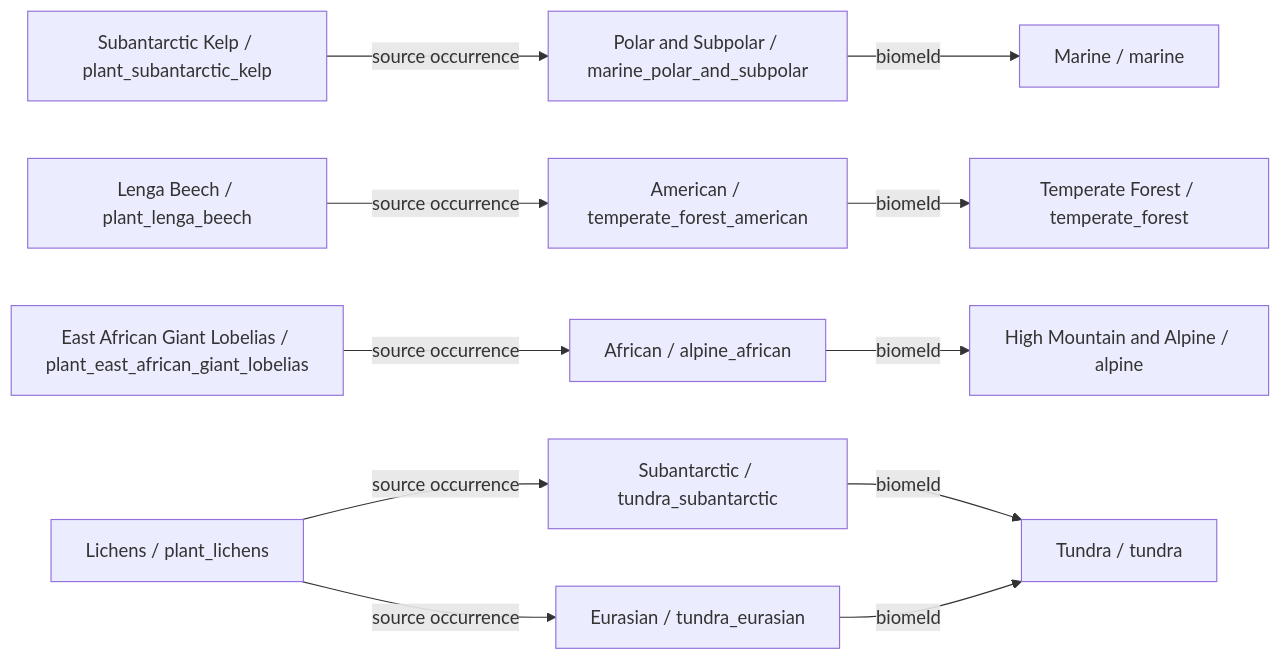
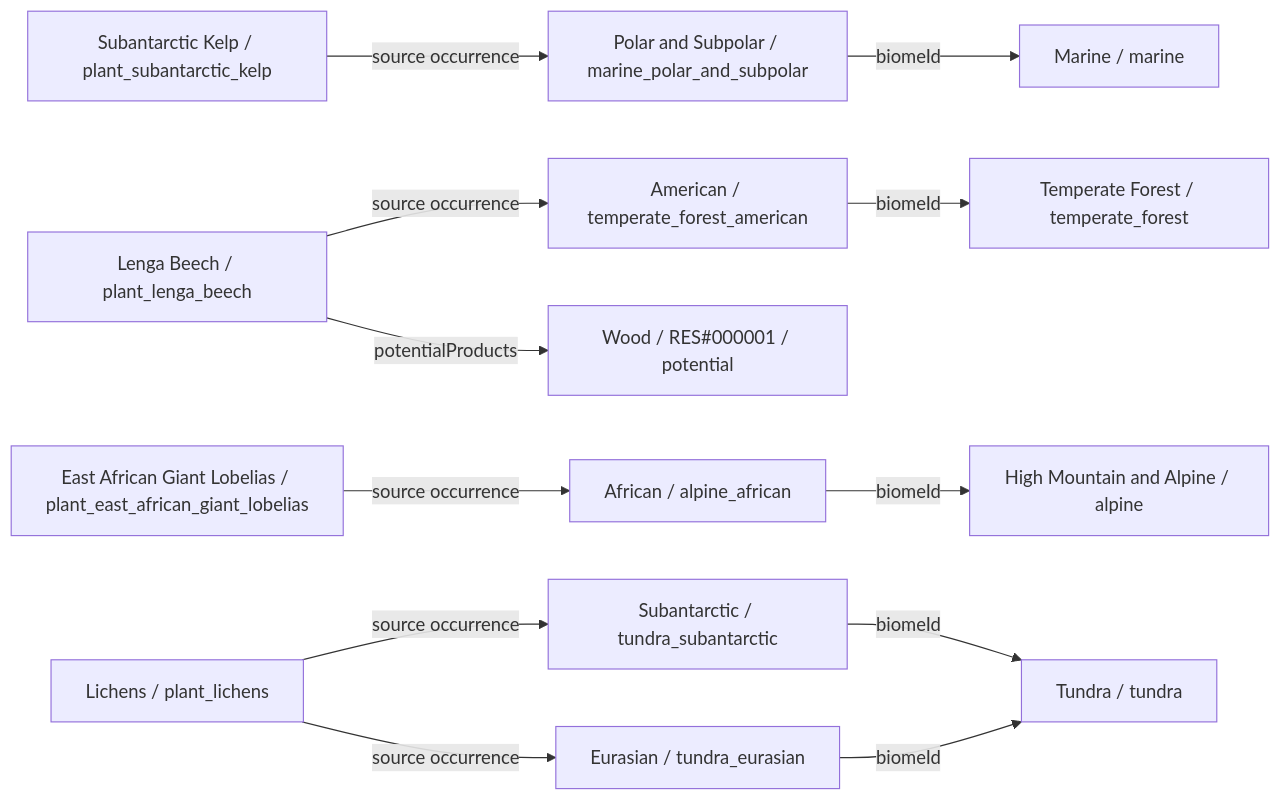
One commit to fgabo404/EvolveDoc changed diagram 16 of 39 in data/plants/DIAGRAMS.md. Above: the diagram before and after it, drawn with Mermaid. The commit also changed other lines of this file and 50 other files, not shown here.

````diff
--- a/data/plants/DIAGRAMS.md
+++ b/data/plants/DIAGRAMS.md
@@ -526,26 +542,28 @@
 ```mermaid
 flowchart LR
     c0["Subantarctic Kelp / plant_subantarctic_kelp"]
     v21["Polar and Subpolar / marine_polar_and_subpolar"]
     b5["Marine / marine"]
     c1["Lenga Beech / plant_lenga_beech"]
     v5["American / temperate_forest_american"]
     b1["Temperate Forest / temperate_forest"]
+    o1_0["Wood / RES#000001 / potential"]
     c2["East African Giant Lobelias / plant_east_african_giant_lobelias"]
     v26["African / alpine_african"]
     b6["High Mountain and Alpine / alpine"]
     c3["Lichens / plant_lichens"]
     v9["Eurasian / tundra_eurasian"]
     b2["Tundra / tundra"]
     v10["Subantarctic / tundra_subantarctic"]
     c0 -->|source occurrence| v21
+    c1 -->|potentialProducts| o1_0
     c1 -->|source occurrence| v5
     c2 -->|source occurrence| v26
     c3 -->|source occurrence| v10
     c3 -->|source occurrence| v9
     v10 -->|biomeId| b2
     v21 -->|biomeId| b5
     v26 -->|biomeId| b6
     v5 -->|biomeId| b1
     v9 -->|biomeId| b2
 ```
````
